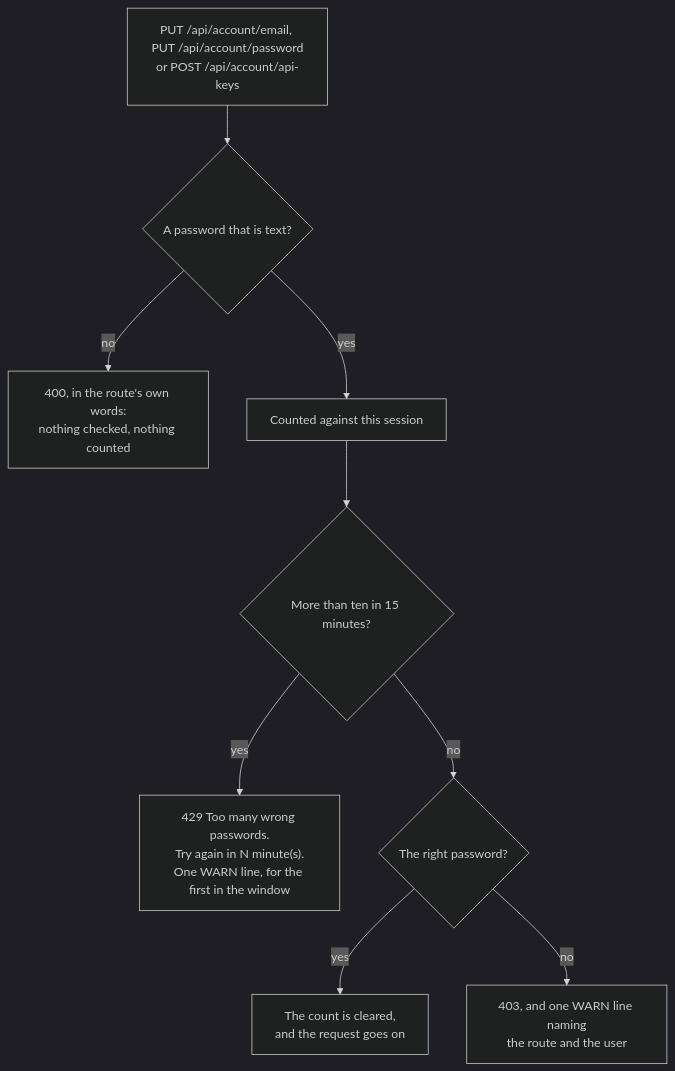
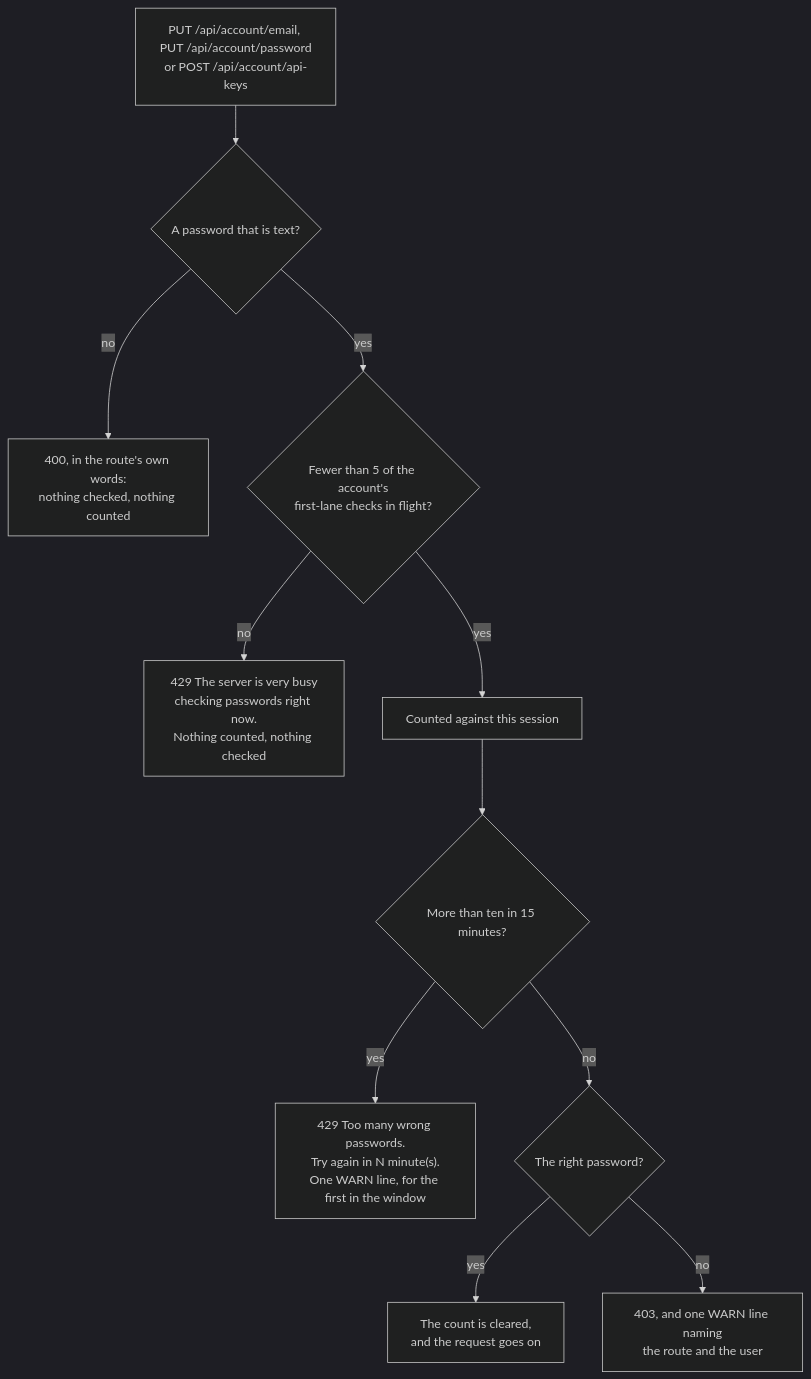
One commit to gitBoon/DumpFire changed the sixth of 21 diagrams in docs/authentication-security.md. Above: the diagram before and after it, drawn with Mermaid (dark theme). The commit also changed other lines of this file and 39 other files, not shown here.

````diff
--- a/docs/authentication-security.md
+++ b/docs/authentication-security.md
@@ -353,11 +517,13 @@
 ```mermaid
 flowchart TD
     Ask["PUT /api/account/email, PUT /api/account/password<br/>or POST /api/account/api-keys"] --> Text{"A password that is text?"}
     Text -->|"no"| Bad["400, in the route's own words:<br/>nothing checked, nothing counted"]
-    Text -->|"yes"| Count["Counted against this session"]
+    Text -->|"yes"| Place{"Fewer than 5 of the account's<br/>first-lane checks in flight?"}
+    Place -->|"no"| Busy["429 The server is very busy<br/>checking passwords right now.<br/>Nothing counted, nothing checked"]
+    Place -->|"yes"| Count["Counted against this session"]
     Count --> Over{"More than ten in 15 minutes?"}
     Over -->|"yes"| Refused["429 Too many wrong passwords.<br/>Try again in N minute(s).<br/>One WARN line, for the first in the window"]
     Over -->|"no"| Check{"The right password?"}
     Check -->|"yes"| Clear["The count is cleared,<br/>and the request goes on"]
     Check -->|"no"| Wrong["403, and one WARN line naming<br/>the route and the user"]
 ```
````
